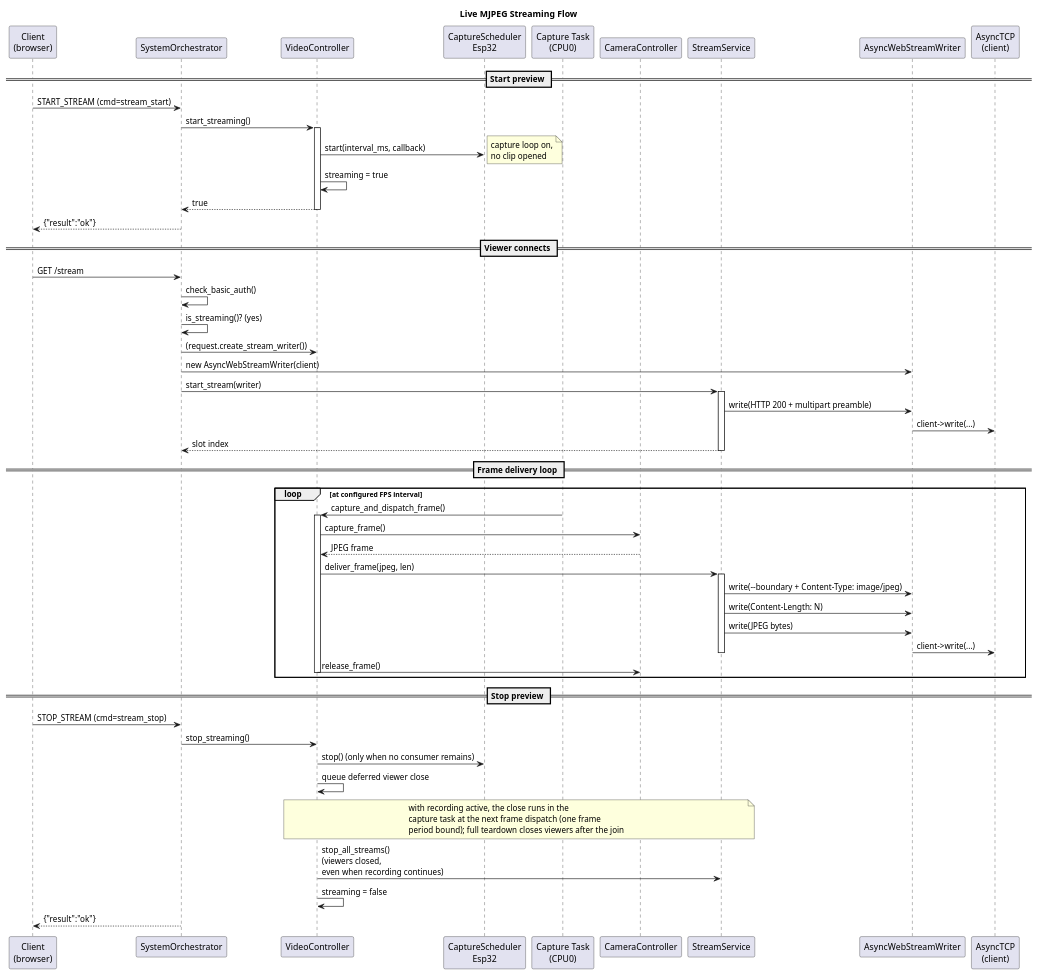
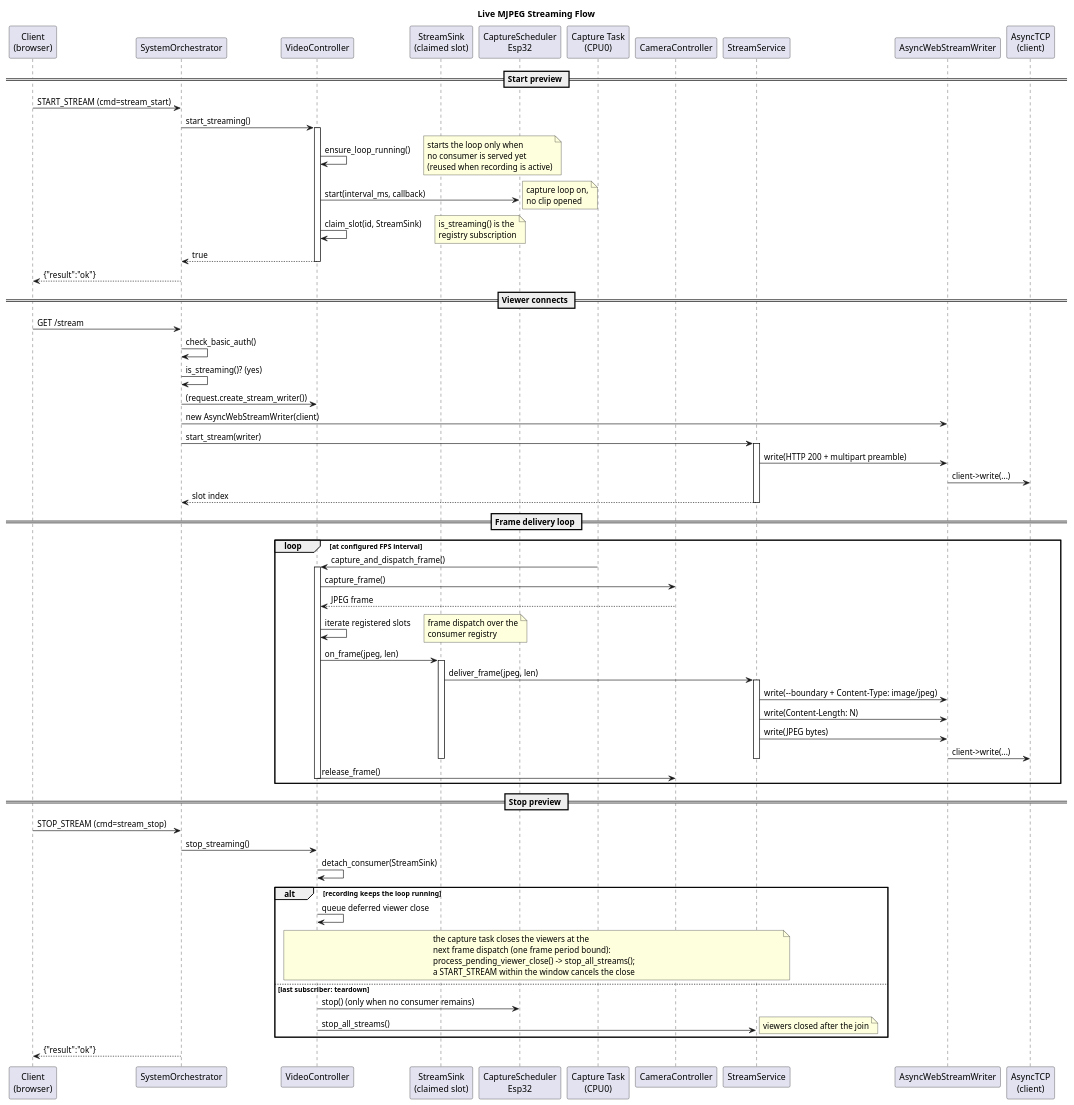
Before and after one commit to timwalsh41/micro-security-cam: the seventh of 8 diagrams in docs/SYSTEM_DESIGN.md, drawn with PlantUML. The commit also changed other lines of this file and 2 other files, not shown here.

First line of the commit message:
docs(video): update recording/streaming sequence diagrams to consumer-registry model

```diff
--- a/docs/SYSTEM_DESIGN.md
+++ b/docs/SYSTEM_DESIGN.md
@@ -1711,6 +1734,7 @@
 participant "Client\n(browser)" as CLIENT
 participant "SystemOrchestrator" as ORCH
 participant "VideoController" as VC
+participant "StreamSink\n(claimed slot)" as ST
 participant "CaptureScheduler\nEsp32" as CS
 participant "Capture Task\n(CPU0)" as TASK
 participant "CameraController" as CAM
@@ -1723,9 +1747,12 @@
 CLIENT -> ORCH : START_STREAM (cmd=stream_start)
 ORCH -> VC : start_streaming()
 activate VC
+VC -> VC : ensure_loop_running()
+note right: starts the loop only when\nno consumer is served yet\n(reused when recording is active)
 VC -> CS : start(interval_ms, callback)
 note right: capture loop on,\nno clip opened
-VC -> VC : streaming = true
+VC -> VC : claim_slot(id, StreamSink)
+note right: is_streaming() is the\nregistry subscription
 VC --> ORCH : true
 deactivate VC
 ORCH --> CLIENT : {"result":"ok"}
@@ -1752,13 +1779,18 @@
 activate VC
 VC -> CAM : capture_frame()
 CAM --> VC : JPEG frame
-VC -> SS : deliver_frame(jpeg, len)
+VC -> VC : iterate registered slots
+note right: frame dispatch over the\nconsumer registry
+VC -> ST : on_frame(jpeg, len)
+activate ST
+ST -> SS : deliver_frame(jpeg, len)
 activate SS
 SS -> WRITER : write(--boundary + Content-Type: image/jpeg)
 SS -> WRITER : write(Content-Length: N)
 SS -> WRITER : write(JPEG bytes)
 WRITER -> TCP : client->write(...)
 deactivate SS
+deactivate ST
 VC -> CAM : release_frame()
 deactivate VC
 
@@ -1768,15 +1800,20 @@
 
 CLIENT -> ORCH : STOP_STREAM (cmd=stream_stop)
 ORCH -> VC : stop_streaming()
-VC -> CS : stop() (only when no consumer remains)
-VC -> VC : queue deferred viewer close
-note over VC,SS
-  with recording active, the close runs in the
-  capture task at the next frame dispatch (one frame
-  period bound); full teardown closes viewers after the join
-end note
-VC -> SS : stop_all_streams()\n(viewers closed,\neven when recording continues)
-VC -> VC : streaming = false
+VC -> VC : detach_consumer(StreamSink)
+alt recording keeps the loop running
+    VC -> VC : queue deferred viewer close
+    note over VC,SS
+      the capture task closes the viewers at the
+      next frame dispatch (one frame period bound):
+      process_pending_viewer_close() -> stop_all_streams();
+      a START_STREAM within the window cancels the close
+    end note
+else last subscriber: teardown
+    VC -> CS : stop() (only when no consumer remains)
+    VC -> SS : stop_all_streams()
+    note right: viewers closed after the join
+end
 ORCH --> CLIENT : {"result":"ok"}
 
 @enduml
```
